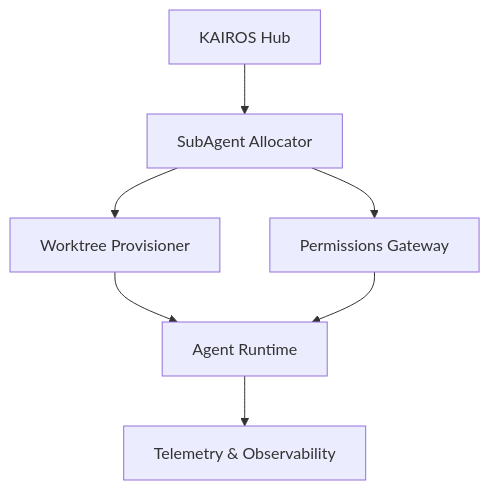
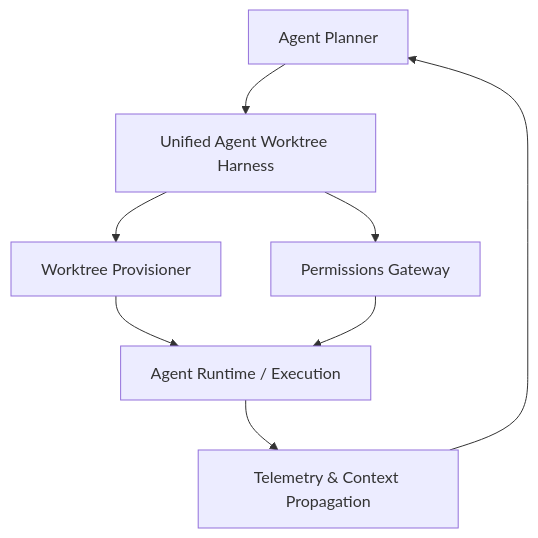
Before and after one commit to omnisolo-llc/onehumancorp: the diagram in docs/research/agent_harness_analysis.md, drawn with Mermaid. The commit also changed other lines of this file, not shown here.

First line of the commit message:
[research] Agent Harness Isolation Architecture Analysis (#6185)

````diff
--- a/docs/research/agent_harness_analysis.md
+++ b/docs/research/agent_harness_analysis.md
@@ -21,9 +38,10 @@
 ```mermaid
 graph TD
-    A[KAIROS Hub] --> B[SubAgent Allocator]
+    A[Agent Planner] --> B[Unified Agent Worktree Harness]
     B --> C[Worktree Provisioner]
     B --> D[Permissions Gateway]
-    C --> E[Agent Runtime]
+    C --> E[Agent Runtime / Execution]
     D --> E
-    E --> F[Telemetry & Observability]
+    E --> F[Telemetry & Context Propagation]
+    F --> A
 ```
````
